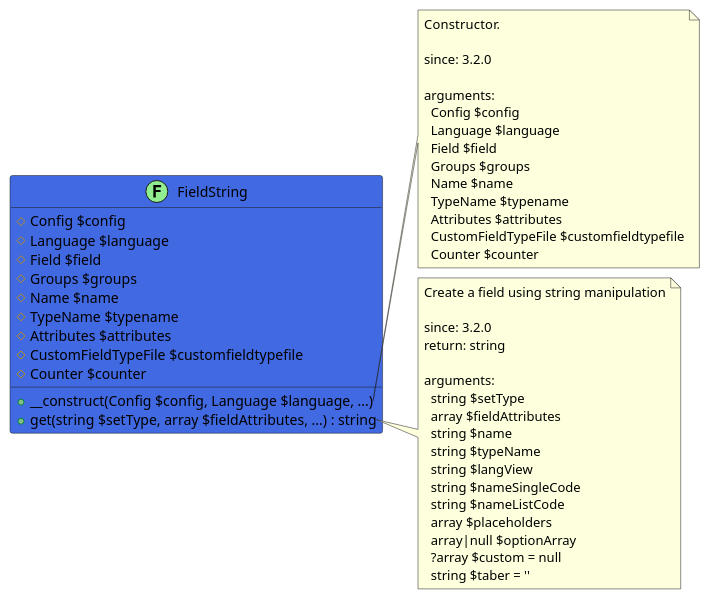
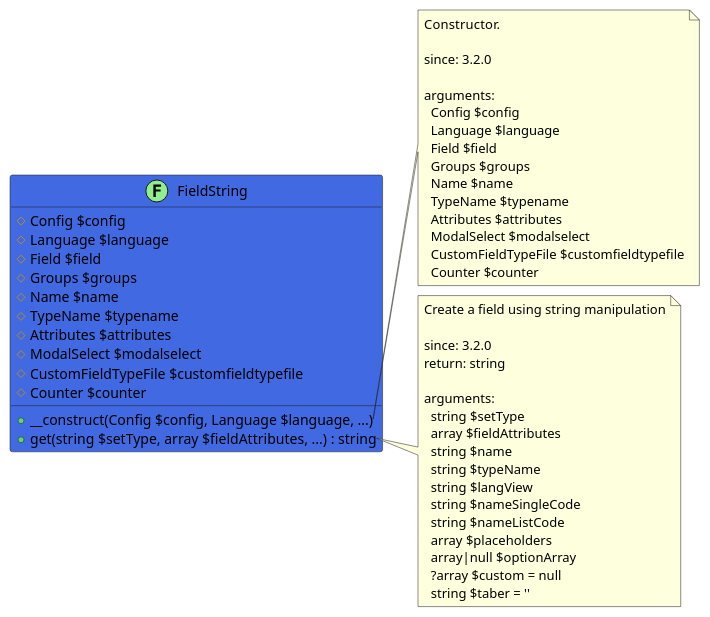
The diagram in src/44d039b9-d293-481b-b560-23a6e7a63962/README.md (joomengine/jcb-compiler), drawn with PlantUML before and after one commit. The commit also changed 119 other files, not shown here.

````diff
--- a/src/44d039b9-d293-481b-b560-23a6e7a63962/README.md
+++ b/src/44d039b9-d293-481b-b560-23a6e7a63962/README.md
@@ -12,55 +12,57 @@
 ```uml
 @startuml
 class FieldString << (F,LightGreen) >> #RoyalBlue {
   # Config $config
   # Language $language
   # Field $field
   # Groups $groups
   # Name $name
   # TypeName $typename
   # Attributes $attributes
+  # ModalSelect $modalselect
   # CustomFieldTypeFile $customfieldtypefile
   # Counter $counter
   + __construct(Config $config, Language $language, ...)
   + get(string $setType, array $fieldAttributes, ...) : string
 }
 
 note right of FieldString::__construct
   Constructor.
 
   since: 3.2.0
   
   arguments:
     Config $config
     Language $language
     Field $field
     Groups $groups
     Name $name
     TypeName $typename
     Attributes $attributes
+    ModalSelect $modalselect
     CustomFieldTypeFile $customfieldtypefile
     Counter $counter
 end note
 
 note right of FieldString::get
   Create a field using string manipulation
 
   since: 3.2.0
   return: string
   
   arguments:
     string $setType
     array $fieldAttributes
     string $name
     string $typeName
     string $langView
     string $nameSingleCode
     string $nameListCode
     array $placeholders
     array|null $optionArray
     ?array $custom = null
     string $taber = ''
 end note
  
 @enduml
 ```
````
